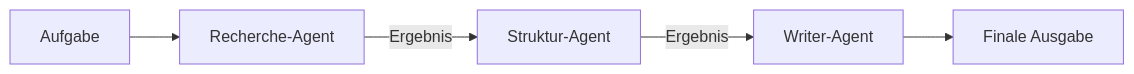
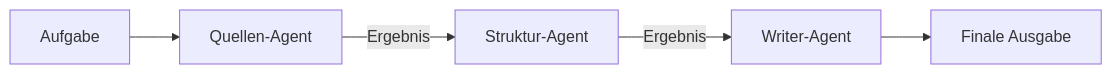
One commit to ralf-42/Agenten changed the third of 10 diagrams in docs/06-multi-agent-erweiterungen/multi-agent-systeme.md. Above: the diagram before and after it, drawn with Mermaid. The commit also changed other lines of this file and 40 other files, not shown here.

````diff
--- a/docs/06-multi-agent-erweiterungen/multi-agent-systeme.md
+++ b/docs/06-multi-agent-erweiterungen/multi-agent-systeme.md
@@ -130,7 +130,7 @@
 ```mermaid
 flowchart LR
-    A[Aufgabe] --> B[Recherche-Agent]
+    A[Aufgabe] --> B[Quellen-Agent]
     B -->|Ergebnis| C[Struktur-Agent]
     C -->|Ergebnis| D[Writer-Agent]
     D --> E[Finale Ausgabe]
 ```
````
